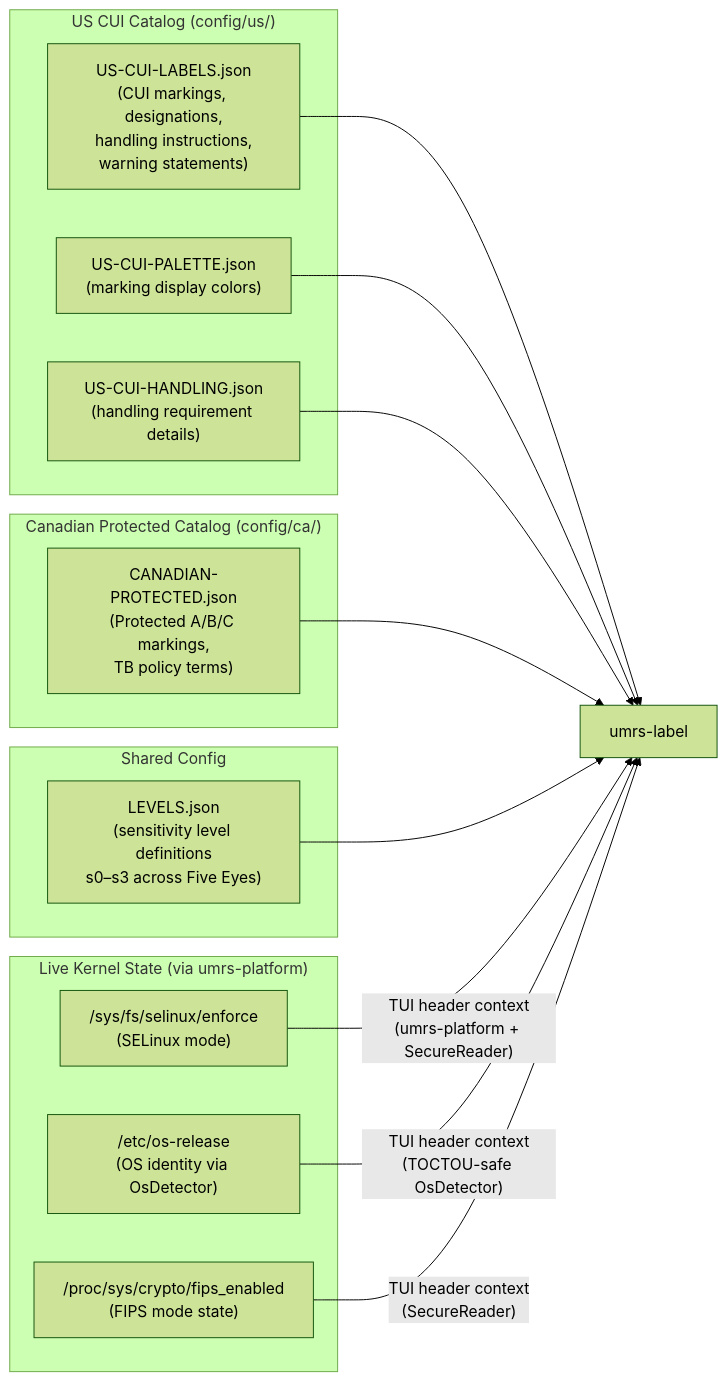
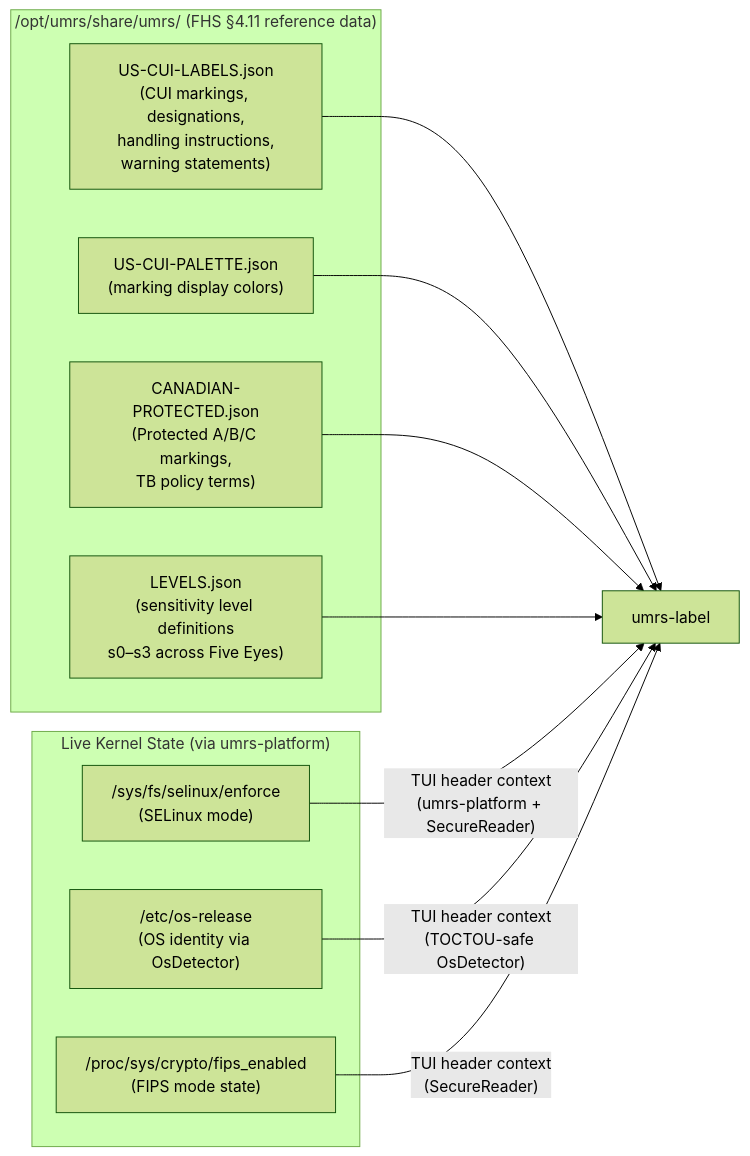
One commit to jamieadams-nerd/umrs-project changed the diagram in docs/modules/umrs-label/pages/index.adoc. Above: the diagram before and after it, drawn with Mermaid (forest theme). The commit also changed other lines of this file and 27 other files, not shown here.

```diff
--- a/docs/modules/umrs-label/pages/index.adoc
+++ b/docs/modules/umrs-label/pages/index.adoc
@@ -34,34 +36,26 @@
 [mermaid]
 ....
 flowchart LR
-    subgraph us_config["US CUI Catalog (config/us/)"]
+    subgraph share_umrs["/opt/umrs/share/umrs/ (FHS §4.11 reference data)"]
         US_LABELS["US-CUI-LABELS.json\n(CUI markings, designations,\nhandling instructions,\nwarning statements)"]
         US_PALETTE["US-CUI-PALETTE.json\n(marking display colors)"]
-        US_HANDLING["US-CUI-HANDLING.json\n(handling requirement details)"]
-    end
-
-    subgraph ca_config["Canadian Protected Catalog (config/ca/)"]
         CA_LABELS["CANADIAN-PROTECTED.json\n(Protected A/B/C markings,\nTB policy terms)"]
-    end
-
-    subgraph shared_config["Shared Config"]
         LEVELS["LEVELS.json\n(sensitivity level definitions\ns0–s3 across Five Eyes)"]
     end
 
     subgraph kernel_state["Live Kernel State (via umrs-platform)"]
         SELINUX_STATE["/sys/fs/selinux/enforce\n(SELinux mode)"]
         OS_RELEASE["/etc/os-release\n(OS identity via OsDetector)"]
         FIPS_STATE["/proc/sys/crypto/fips_enabled\n(FIPS mode state)"]
     end
 
     TOOL["umrs-label"]
 
     US_LABELS --> TOOL
     US_PALETTE --> TOOL
-    US_HANDLING --> TOOL
     CA_LABELS --> TOOL
     LEVELS --> TOOL
     SELINUX_STATE -- "TUI header context\n(umrs-platform + SecureReader)" --> TOOL
     OS_RELEASE -- "TUI header context\n(TOCTOU-safe OsDetector)" --> TOOL
     FIPS_STATE -- "TUI header context\n(SecureReader)" --> TOOL
 ....
```
